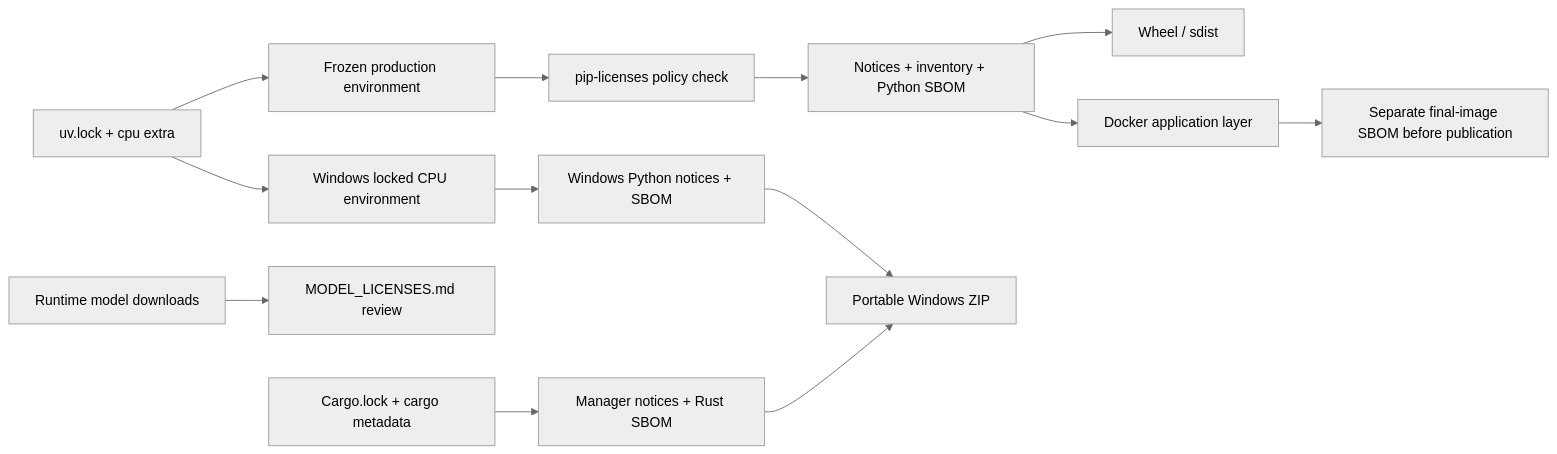
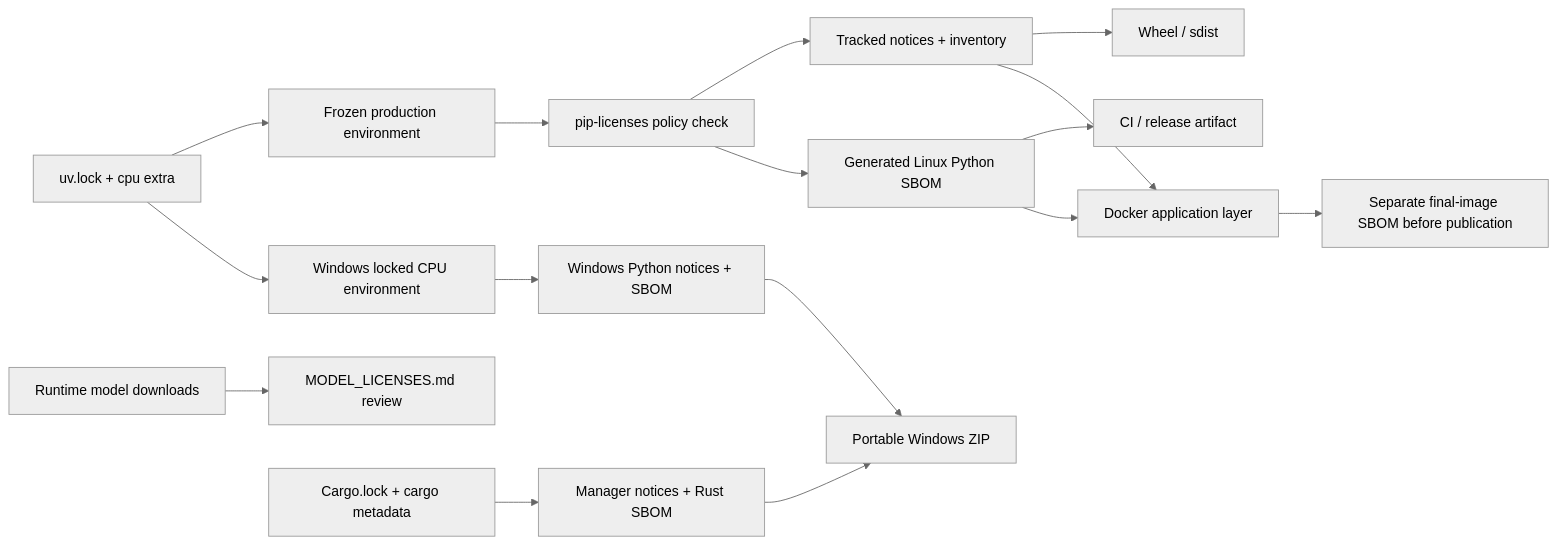
The diagram in docs/open-source-compliance.md (kwp-lab/nota-asr-server), drawn with Mermaid (neutral theme) before and after one commit. The commit also changed other lines of this file and 15 other files, not shown here.

Commit message:
ci: generate Linux SBOM at build time

````diff
--- a/docs/open-source-compliance.md
+++ b/docs/open-source-compliance.md
@@ -73,15 +84,18 @@
 ```mermaid
 flowchart LR
     L["uv.lock + cpu extra"] --> E["Frozen production environment"]
     E --> P["pip-licenses policy check"]
-    P --> N["Notices + inventory + Python SBOM"]
+    P --> N["Tracked notices + inventory"]
+    P --> S["Generated Linux Python SBOM"]
     N --> W["Wheel / sdist"]
+    S --> A["CI / release artifact"]
     N --> D["Docker application layer"]
+    S --> D
     D --> O["Separate final-image SBOM before publication"]
     M["Runtime model downloads"] --> ML["MODEL_LICENSES.md review"]
     L --> WR["Windows locked CPU environment"]
     WR --> WN["Windows Python notices + SBOM"]
     C["Cargo.lock + cargo metadata"] --> RN["Manager notices + Rust SBOM"]
     WN --> Z["Portable Windows ZIP"]
     RN --> Z
 ```
````
